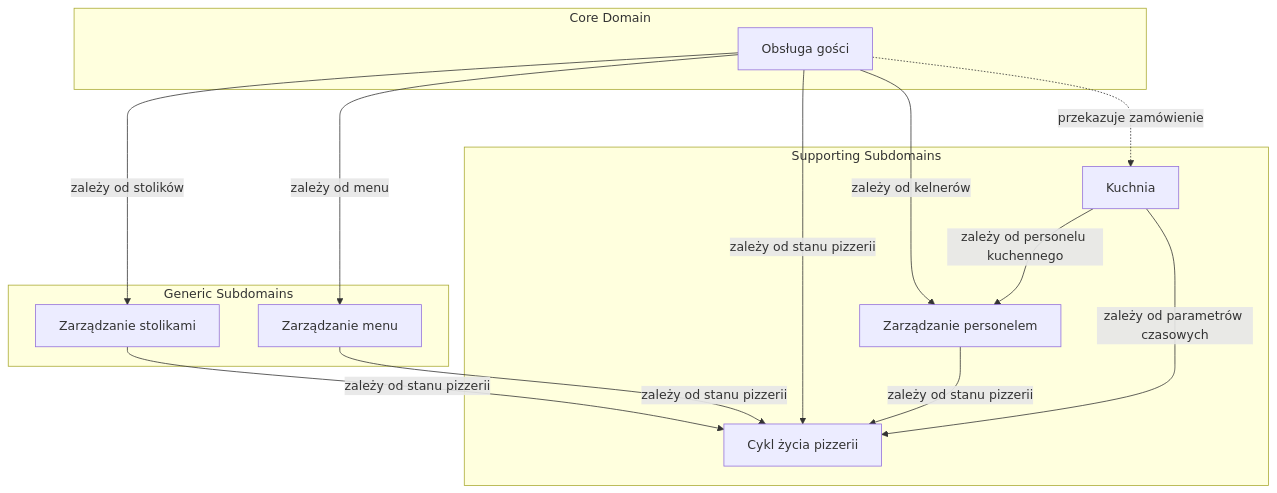
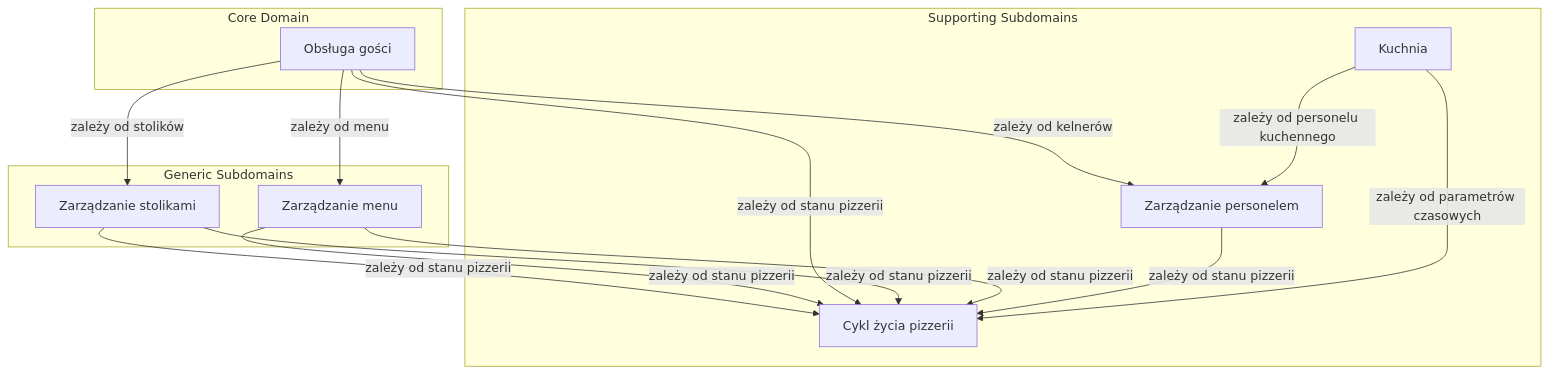
The diagram in doc/310_subdomains.md (mmalessa/pizzeria), drawn with Mermaid before and after one commit. The commit also changed other lines of this file and 1 other file, not shown here.

Commit message:
Remove unnecessary arrows from diagrams

````diff
--- a/doc/310_subdomains.md
+++ b/doc/310_subdomains.md
@@ -152,29 +152,30 @@
 ```mermaid
 flowchart TD
 
 subgraph Core["Core Domain"]
   A[Obsługa gości]
 end
 
 subgraph Supporting["Supporting Subdomains"]
   B[Kuchnia]
   E[Zarządzanie personelem]
   F[Cykl życia pizzerii]
 end
 
 subgraph Generic["Generic Subdomains"]
   C[Zarządzanie stolikami]
   Dm[Zarządzanie menu]
 end
 
 C -->|zależy od stanu pizzerii| F
 Dm -->|zależy od stanu pizzerii| F
 A -->|zależy od stanu pizzerii| F
-    A -->|zależy od stolików| C
-    A -->|zależy od menu| Dm
-    A -->|zależy od kelnerów| E
-    A -.->|przekazuje zamówienie| B
+A -->|zależy od stolików| C
+A -->|zależy od menu| Dm
+A -->|zależy od kelnerów| E
+C -->|zależy od stanu pizzerii| F
+Dm -->|zależy od stanu pizzerii| F
 E -->|zależy od stanu pizzerii| F
 B -->|zależy od parametrów czasowych| F
 B -->|zależy od personelu kuchennego| E
 ```
````
